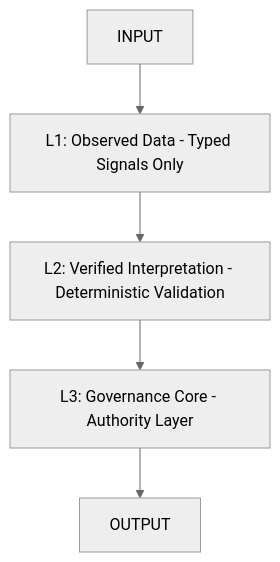
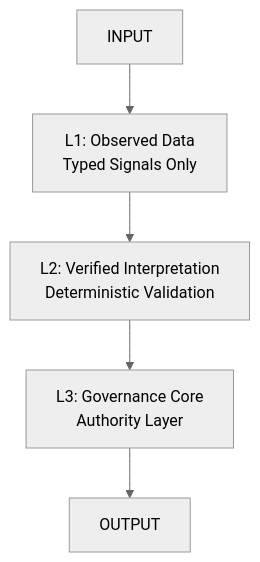
The first of 5 diagrams in README.md (GeneralSergal/ORP), drawn with Mermaid (neutral theme) before and after one commit. The commit also changed other lines of this file, not shown here.

````diff
--- a/README.md
+++ b/README.md
@@ -37,10 +37,7 @@
 ```mermaid
 flowchart TD
-    IN[INPUT]
-    L1[L1: Observed Data - Typed Signals Only]
-    L2[L2: Verified Interpretation - Deterministic Validation]
-    L3[L3: Governance Core - Authority Layer]
-    OUT[OUTPUT]
-
-    IN --> L1 --> L2 --> L3 --> OUT
+    IN[INPUT] --> L1[L1: Observed Data<br/>Typed Signals Only]
+    L1 --> L2[L2: Verified Interpretation<br/>Deterministic Validation]
+    L2 --> L3[L3: Governance Core<br/>Authority Layer]
+    L3 --> OUT[OUTPUT]
 ```
````
